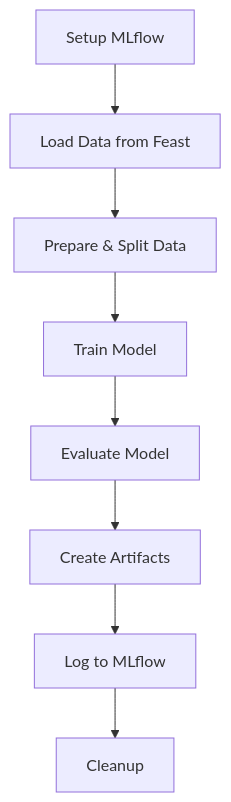
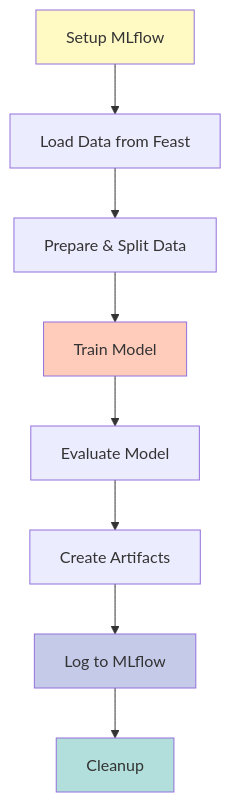
Before and after one commit to velosoberti/MLOps: the fourth of 5 diagrams in README.md, drawn with Mermaid. The commit also changed other lines of this file, not shown here.

````diff
--- a/README.md
+++ b/README.md
@@ -207,10 +230,15 @@
 ```mermaid
 graph TB
     A[Setup MLflow] --> B[Load Data from Feast]
     B --> C[Prepare & Split Data]
     C --> D[Train Model]
     D --> E[Evaluate Model]
     E --> F[Create Artifacts]
     F --> G[Log to MLflow]
     G --> H[Cleanup]
+    
+    style A fill:#fff9c4
+    style D fill:#ffccbc
+    style G fill:#c5cae9
+    style H fill:#b2dfdb
 ```
````
